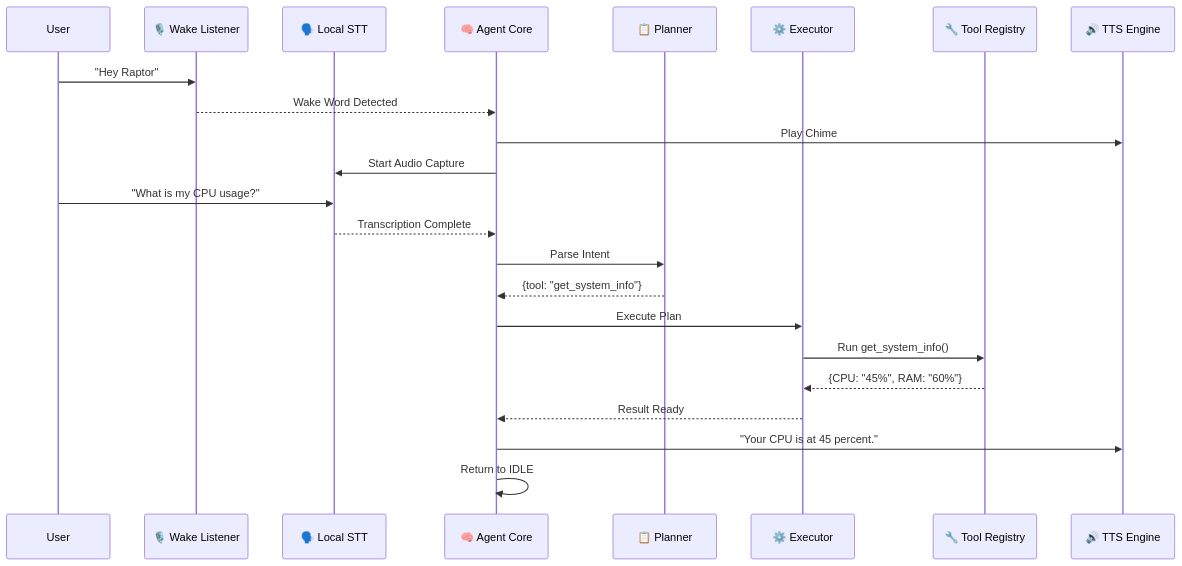
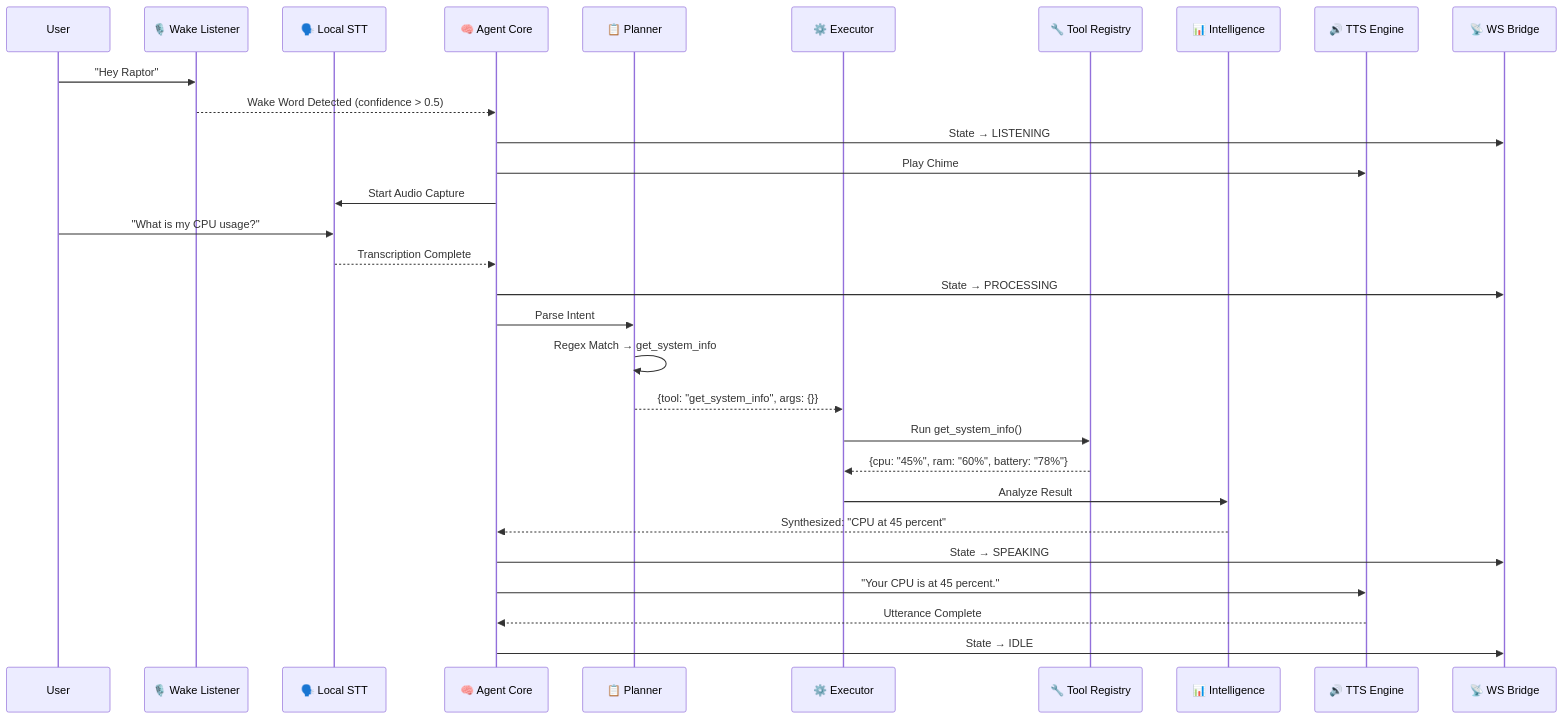
Before and after one commit to Rexy-5097/Raptor-AI: the fourth of 10 diagrams in README.md, drawn with Mermaid. The commit also changed other lines of this file and 1 other file, not shown here.

First line of the commit message:
Add comprehensive Mermaid diagrams and visual documentation

````diff
--- a/README.md
+++ b/README.md
@@ -209,26 +235,33 @@
 ```mermaid
 sequenceDiagram
     participant User
     participant Wake as 🎙️ Wake Listener
     participant STT as 🗣️ Local STT
     participant Core as 🧠 Agent Core
     participant Plan as 📋 Planner
     participant Exec as ⚙️ Executor
     participant Tool as 🔧 Tool Registry
+    participant Intel as 📊 Intelligence
     participant TTS as 🔊 TTS Engine
+    participant WS as 📡 WS Bridge
 
     User->>Wake: "Hey Raptor"
-    Wake-->>Core: Wake Word Detected
+    Wake-->>Core: Wake Word Detected (confidence > 0.5)
+    Core->>WS: State → LISTENING
     Core->>TTS: Play Chime
     Core->>STT: Start Audio Capture
     User->>STT: "What is my CPU usage?"
     STT-->>Core: Transcription Complete
+    Core->>WS: State → PROCESSING
     Core->>Plan: Parse Intent
-    Plan-->>Core: {tool: "get_system_info"}
-    Core->>Exec: Execute Plan
+    Plan->>Plan: Regex Match → get_system_info
+    Plan-->>Exec: {tool: "get_system_info", args: {}}
     Exec->>Tool: Run get_system_info()
-    Tool-->>Exec: {CPU: "45%", RAM: "60%"}
-    Exec-->>Core: Result Ready
+    Tool-->>Exec: {cpu: "45%", ram: "60%", battery: "78%"}
+    Exec->>Intel: Analyze Result
+    Intel-->>Core: Synthesized: "CPU at 45 percent"
+    Core->>WS: State → SPEAKING
     Core->>TTS: "Your CPU is at 45 percent."
-    Core->>Core: Return to IDLE
+    TTS-->>Core: Utterance Complete
+    Core->>WS: State → IDLE
 ```
````
